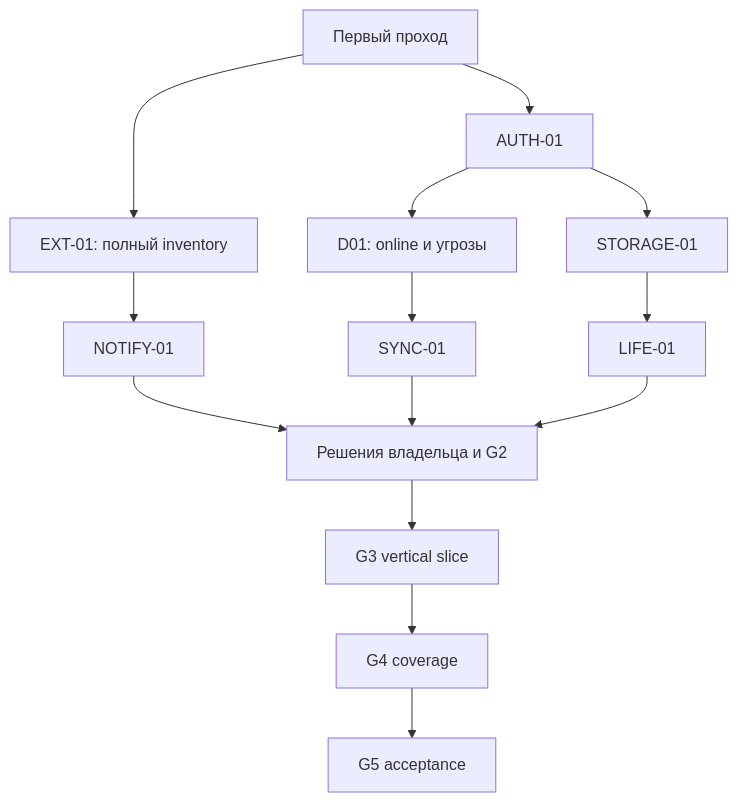
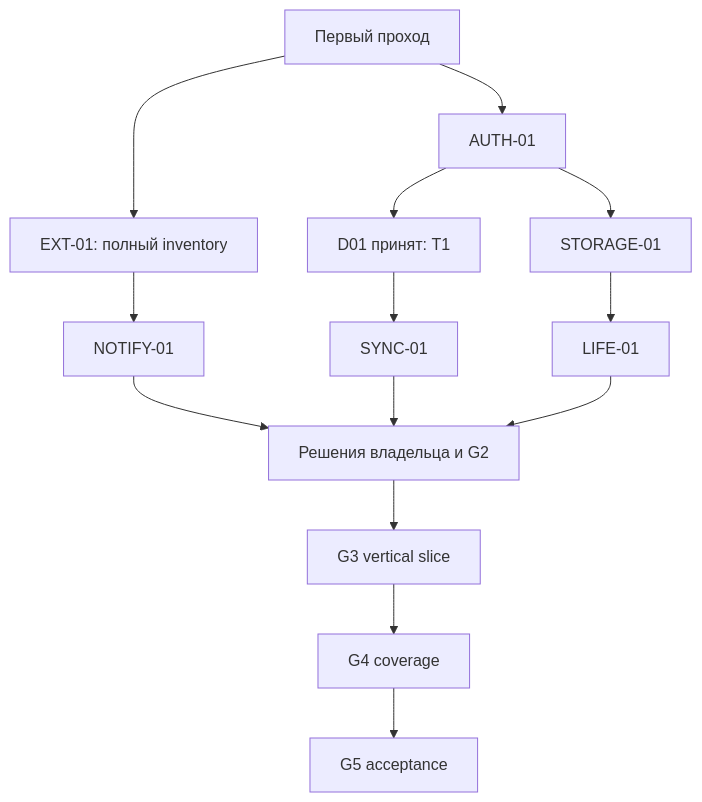
The diagram in restricted_mode/architecture/07_IMPLEMENTATION_PLAN.md (AndreySh34AI/biremis), drawn with Mermaid before and after one commit. The commit also changed other lines of this file and 10 other files, not shown here.

````diff
--- a/restricted_mode/architecture/07_IMPLEMENTATION_PLAN.md
+++ b/restricted_mode/architecture/07_IMPLEMENTATION_PLAN.md
@@ -18,16 +22,16 @@
 ```mermaid
 flowchart TD
     G0[Первый проход] --> AUTH[AUTH-01]
     G0 --> Inventory[EXT-01: полный inventory]
-    AUTH --> Decision[D01: online и угрозы]
+    AUTH --> Decision[D01 принят: T1]
     AUTH --> Storage[STORAGE-01]
     Inventory --> Notify[NOTIFY-01]
     Decision --> Sync[SYNC-01]
     Storage --> Life[LIFE-01]
     Notify --> G2[Решения владельца и G2]
     Sync --> G2
     Life --> G2
     G2 --> G3[G3 vertical slice]
     G3 --> G4[G4 coverage]
     G4 --> G5[G5 acceptance]
 ```
````
